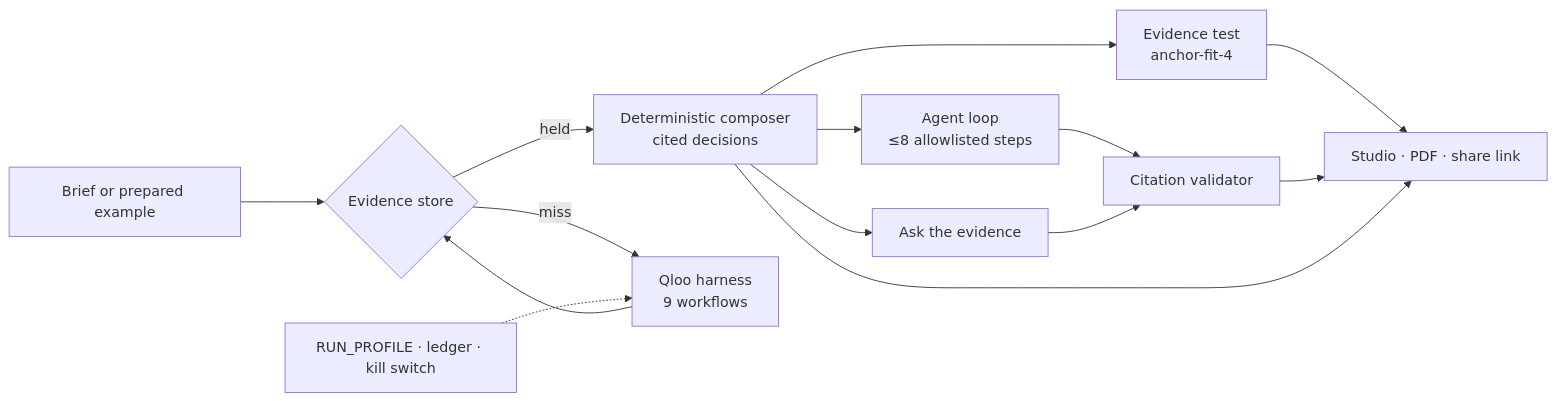
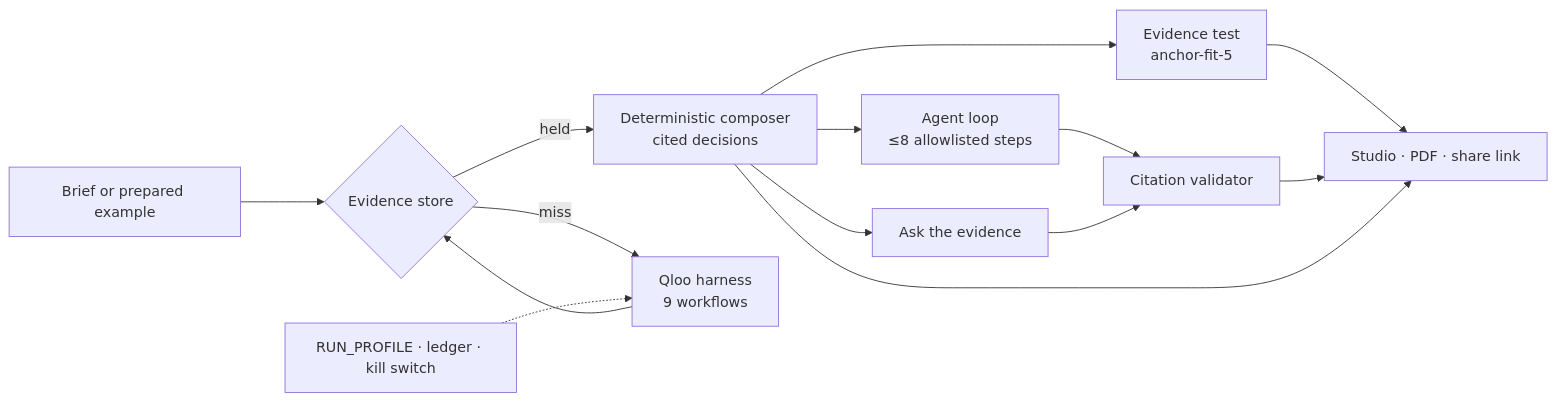
The fourth of 4 diagrams in README.md (joyboyreturns/CultureForge-AI), drawn with Mermaid before and after one commit. The commit also changed other lines of this file and 41 other files, not shown here.

````diff
--- a/README.md
+++ b/README.md
@@ -128,12 +155,12 @@
 ```mermaid
 flowchart LR
   B[Brief or prepared example] --> S{Evidence store}
   S -- held --> C
   S -- miss --> Q[Qloo harness<br/>9 workflows] --> S
   C[Deterministic composer<br/>cited decisions] --> AG[Agent loop<br/>≤8 allowlisted steps]
   AG --> V[Citation validator]
-  C --> T[Evidence test<br/>anchor-fit-4]
+  C --> T[Evidence test<br/>anchor-fit-5]
   C --> CH[Ask the evidence] --> V
   T & V & C --> OUT[Studio · PDF · share link]
   P[RUN_PROFILE · ledger · kill switch] -.-> Q
 ```
````
